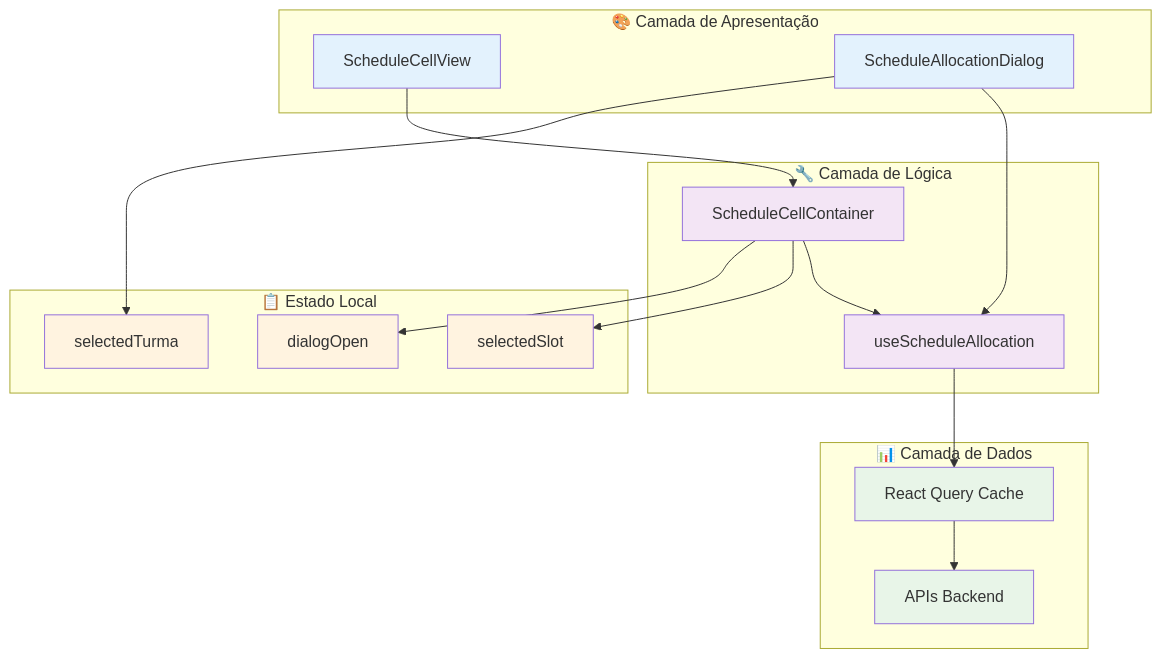
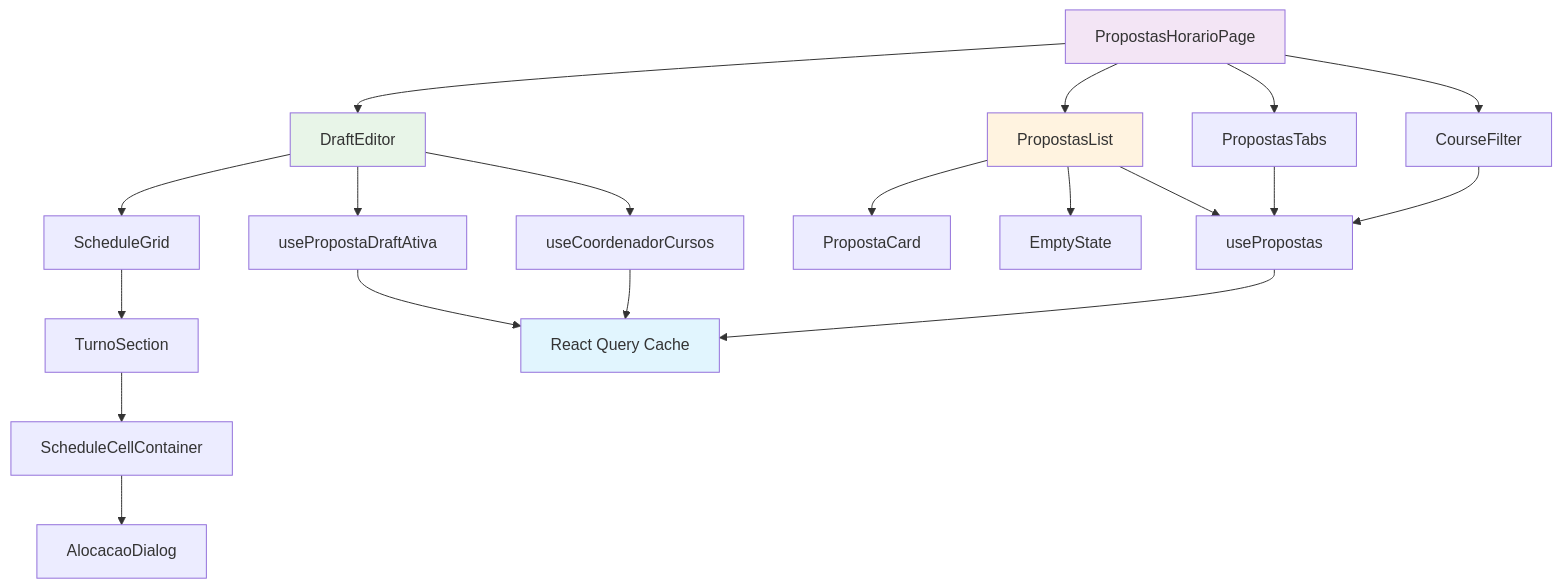
The first of 4 diagrams in src/features/propostas-horario/README.md (Jonserafim7/frontend-pi), drawn with Mermaid before and after one commit. The commit also changed other lines of this file and 57 other files, not shown here.

First line of the commit message:
feat(propostas-horario): refatora e adiciona novos componentes e hooks para gerenciamento de propostas

````diff
--- a/src/features/propostas-horario/README.md
+++ b/src/features/propostas-horario/README.md
@@ -214,43 +18,31 @@
 ```mermaid
-graph TB
-    subgraph "🎨 Camada de Apresentação"
-        A[ScheduleCellView]
-        B[ScheduleAllocationDialog]
-    end
+graph TD
+    A[PropostasHorarioPage] --> B[PropostasTabs]
+    A --> C[DraftEditor]
+    A --> D[PropostasList]
+    A --> E[CourseFilter]
 
-    subgraph "🔧 Camada de Lógica"
-        C[ScheduleCellContainer]
-        D[useScheduleAllocation]
-    end
+    C --> F[ScheduleGrid]
+    C --> G[usePropostaDraftAtiva]
+    C --> H[useCoordenadorCursos]
 
-    subgraph "📊 Camada de Dados"
-        E[React Query Cache]
-        F[APIs Backend]
-    end
+    D --> I[PropostaCard]
+    D --> J[EmptyState]
+    D --> K[usePropostas]
 
-    subgraph "📋 Estado Local"
-        G[selectedSlot]
-        H[dialogOpen]
-        I[selectedTurma]
-    end
+    B --> K
+    E --> K
 
-    A --> C
-    B --> D
-    C --> D
-    D --> E
-    E --> F
+    F --> L[TurnoSection]
+    L --> M[ScheduleCellContainer]
+    M --> N[AlocacaoDialog]
 
-    C --> G
-    C --> H
-    B --> I
+    G --> O[React Query Cache]
+    H --> O
+    K --> O
 
-    style A fill:#e3f2fd
-    style B fill:#e3f2fd
-    style C fill:#f3e5f5
-    style D fill:#f3e5f5
-    style E fill:#e8f5e8
-    style F fill:#e8f5e8
-    style G fill:#fff3e0
-    style H fill:#fff3e0
-    style I fill:#fff3e0
+    style O fill:#e1f5fe
+    style A fill:#f3e5f5
+    style C fill:#e8f5e8
+    style D fill:#fff3e0
 ```
````
